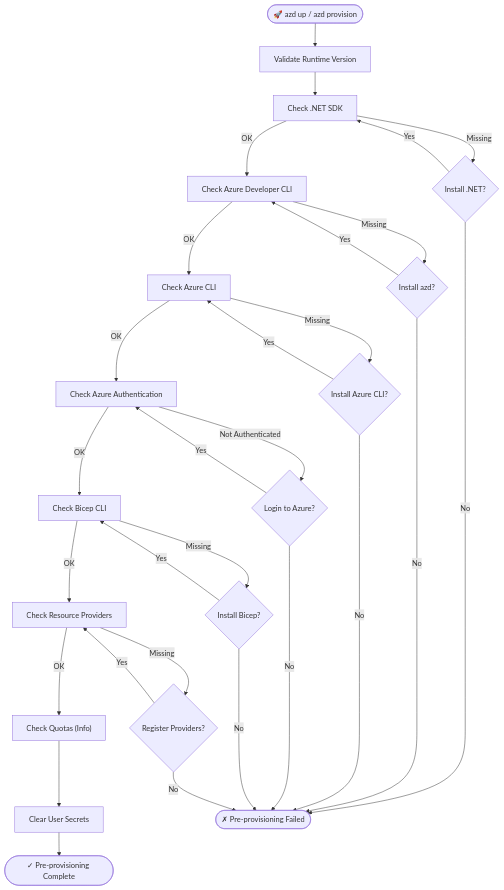
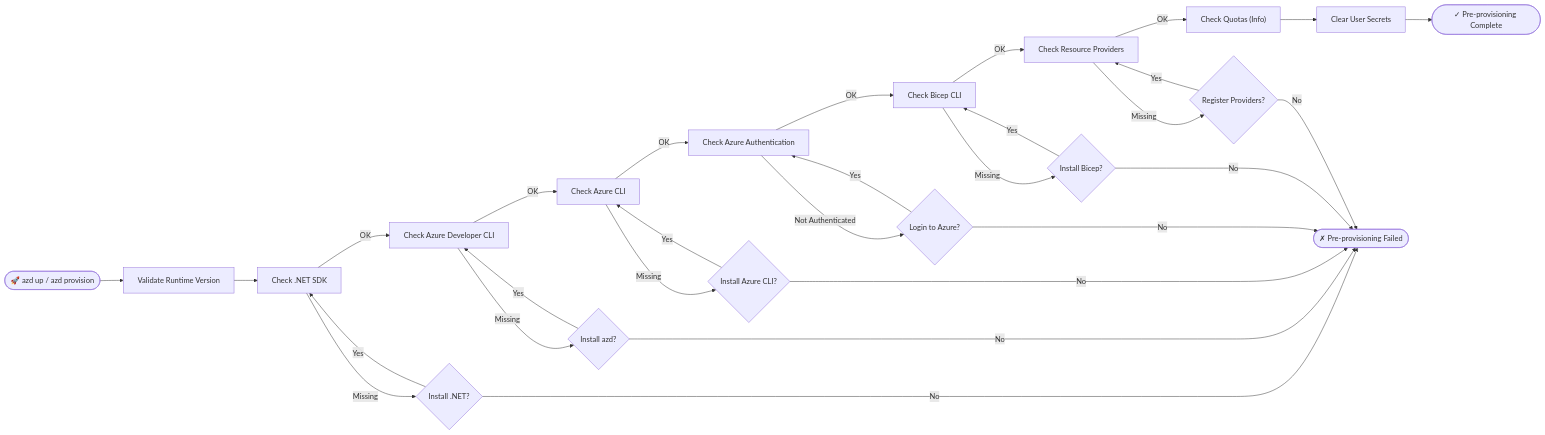
One commit to Evilazaro/Azure-LogicApps-Monitoring changed the diagram in docs/hooks/preprovision.md. Above: the diagram before and after it, drawn with Mermaid. The commit also changed 4 other files, not shown here.

Commit message:
Refactor workflow diagrams to use left-to-right orientation in preprovision documentation

````diff
--- a/docs/hooks/preprovision.md
+++ b/docs/hooks/preprovision.md
@@ -319,50 +319,50 @@
 ```mermaid
-flowchart TB
+flowchart LR
     Start(["🚀 azd up / azd provision"])
     ValidateRuntime["Validate Runtime Version"]
     CheckDotNet["Check .NET SDK"]
     InstallDotNet{"Install .NET?"}
     CheckAzd["Check Azure Developer CLI"]
     InstallAzd{"Install azd?"}
     CheckAzCLI["Check Azure CLI"]
     InstallAzCLI{"Install Azure CLI?"}
     CheckAuth["Check Azure Authentication"]
     Login{"Login to Azure?"}
     CheckBicep["Check Bicep CLI"]
     InstallBicep{"Install Bicep?"}
     CheckProviders["Check Resource Providers"]
     RegisterProviders{"Register Providers?"}
     CheckQuota["Check Quotas (Info)"]
     ClearSecrets["Clear User Secrets"]
     Complete(["✓ Pre-provisioning Complete"])
     Failed(["✗ Pre-provisioning Failed"])
 
     Start --> ValidateRuntime
     ValidateRuntime --> CheckDotNet
     CheckDotNet -->|Missing| InstallDotNet
     InstallDotNet -->|Yes| CheckDotNet
     InstallDotNet -->|No| Failed
     CheckDotNet -->|OK| CheckAzd
     CheckAzd -->|Missing| InstallAzd
     InstallAzd -->|Yes| CheckAzd
     InstallAzd -->|No| Failed
     CheckAzd -->|OK| CheckAzCLI
     CheckAzCLI -->|Missing| InstallAzCLI
     InstallAzCLI -->|Yes| CheckAzCLI
     InstallAzCLI -->|No| Failed
     CheckAzCLI -->|OK| CheckAuth
     CheckAuth -->|Not Authenticated| Login
     Login -->|Yes| CheckAuth
     Login -->|No| Failed
     CheckAuth -->|OK| CheckBicep
     CheckBicep -->|Missing| InstallBicep
     InstallBicep -->|Yes| CheckBicep
     InstallBicep -->|No| Failed
     CheckBicep -->|OK| CheckProviders
     CheckProviders -->|Missing| RegisterProviders
     RegisterProviders -->|Yes| CheckProviders
     RegisterProviders -->|No| Failed
     CheckProviders -->|OK| CheckQuota
     CheckQuota --> ClearSecrets
     ClearSecrets --> Complete
 ```
````
